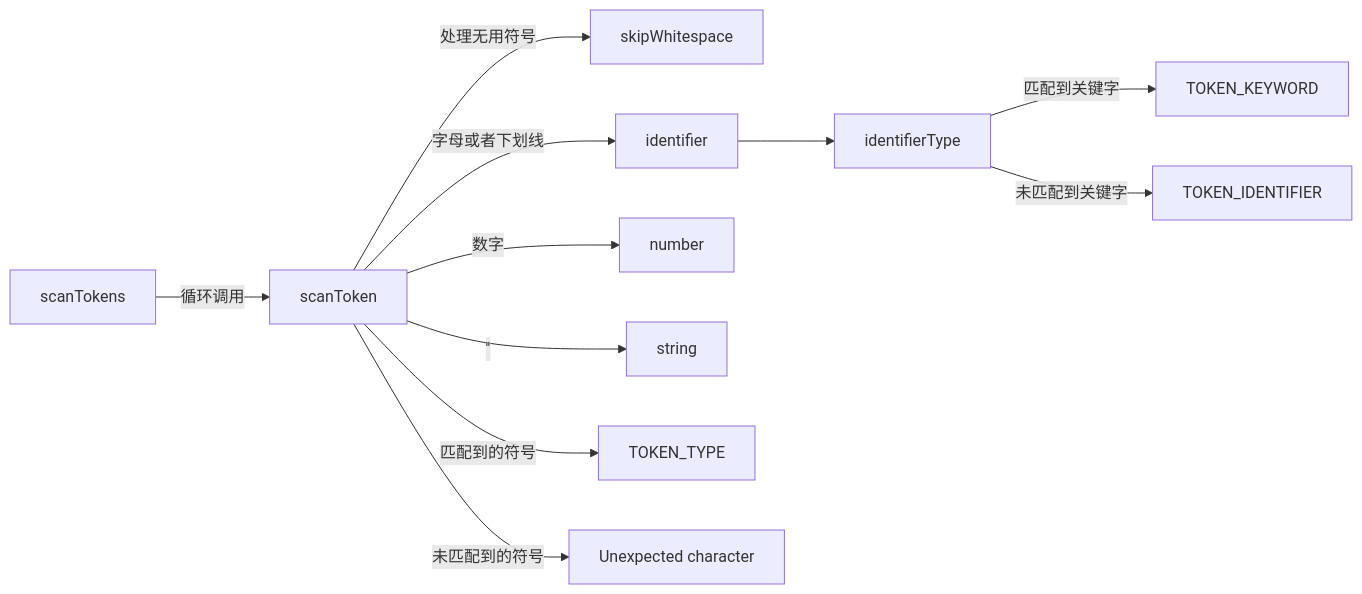
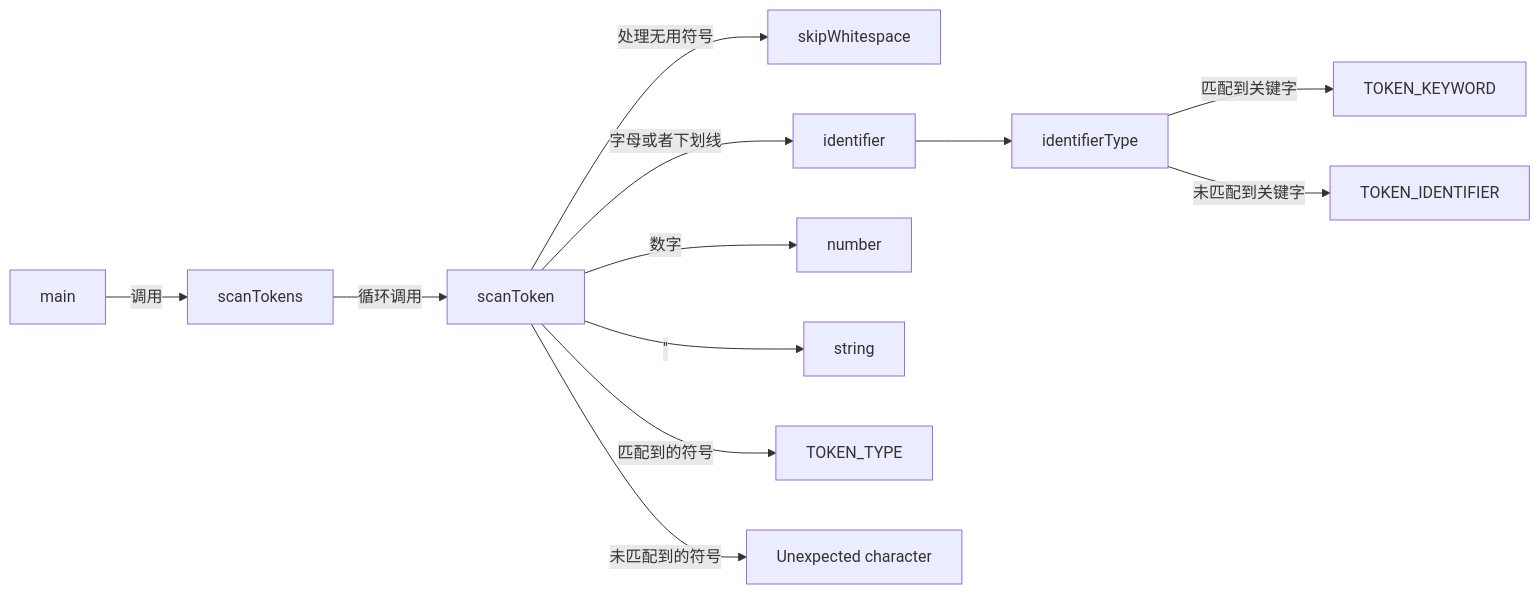
The diagram in README.md (ice-bubble/LiteCompiler), drawn with Mermaid before and after one commit. The commit also changed other lines of this file and 28 other files, not shown here.

````diff
--- a/README.md
+++ b/README.md
@@ -73,13 +81,14 @@
 ```mermaid
 graph LR
-    A[scanTokens] -->|循环调用| B[scanToken]
+	A0[main] --> |调用| A[scanTokens]
+    A -->|循环调用| B[scanToken]
     B -->|处理无用符号| C[skipWhitespace]
     B -->|字母或者下划线| D[identifier]
     B -->|数字| E[number]
     B -->|'""'| F[string]
     B -->|匹配到的符号| G[TOKEN_TYPE]
     B -->|未匹配到的符号| H[Unexpected character]
     D --> I[identifierType]
     I -->|匹配到关键字|J[TOKEN_KEYWORD]
     I -->|未匹配到关键字| K[TOKEN_IDENTIFIER]
 ```
````
